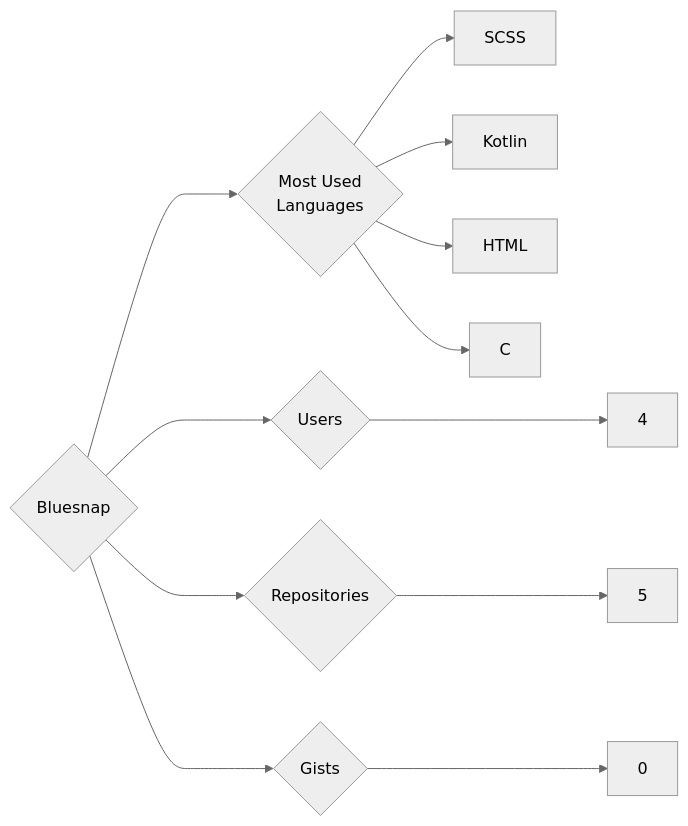
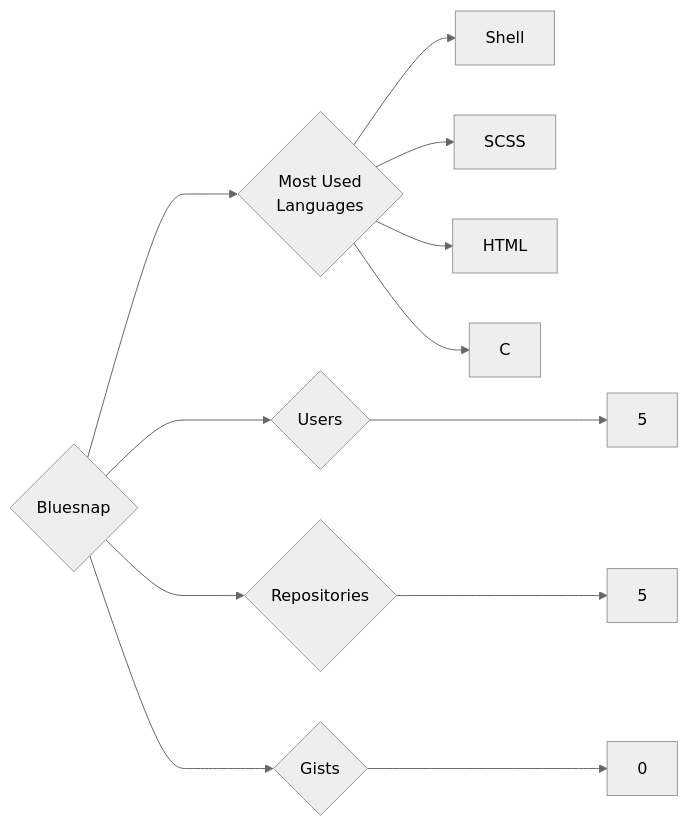
The diagram in targets/Bluesnap/README.md (trickest/insiders), drawn with Mermaid (neutral theme) before and after one commit. The commit also changed 924 other files, not shown here.

````diff
--- a/targets/Bluesnap/README.md
+++ b/targets/Bluesnap/README.md
@@ -3,12 +3,12 @@
 ```mermaid
 graph LR
 COMPANY_NAME{Bluesnap}
-COMPANY_NAME ---> U{Users} ---> UN[4]
+COMPANY_NAME ---> U{Users} ---> UN[5]
 COMPANY_NAME ---> R{Repositories} ---> RN[5]
 COMPANY_NAME ---> G{Gists} ---> GN[0]
 COMPANY_NAME ---> ML{Most Used<br>Languages}
+ML --> Shell[Shell]
 ML --> SCSS[SCSS]
-ML --> Kotlin[Kotlin]
 ML --> HTML[HTML]
 ML --> C[C]
 ```
````
